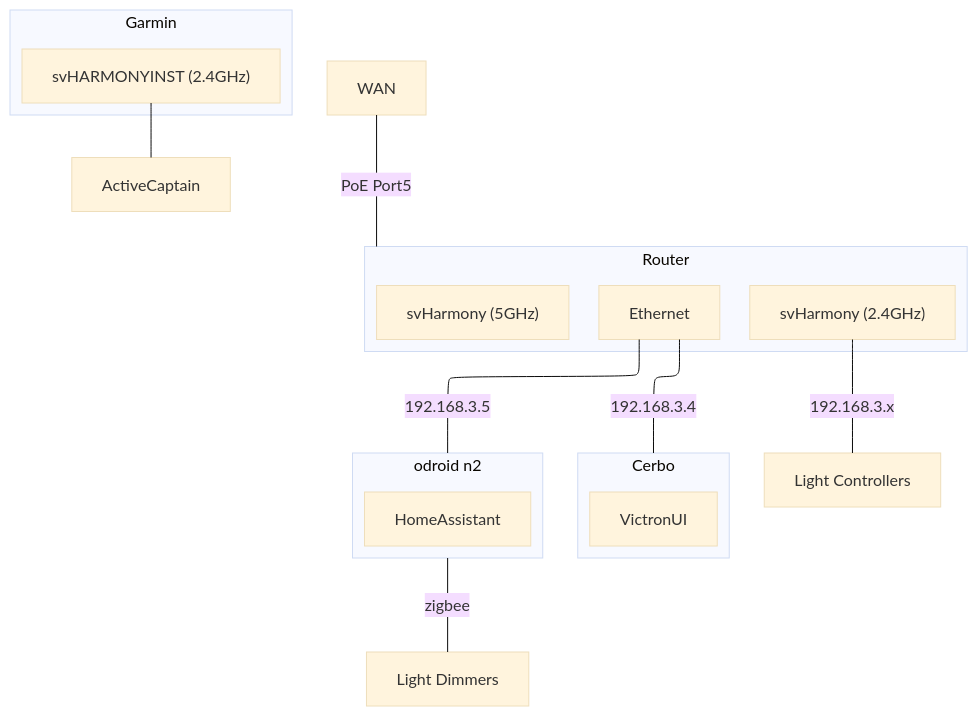
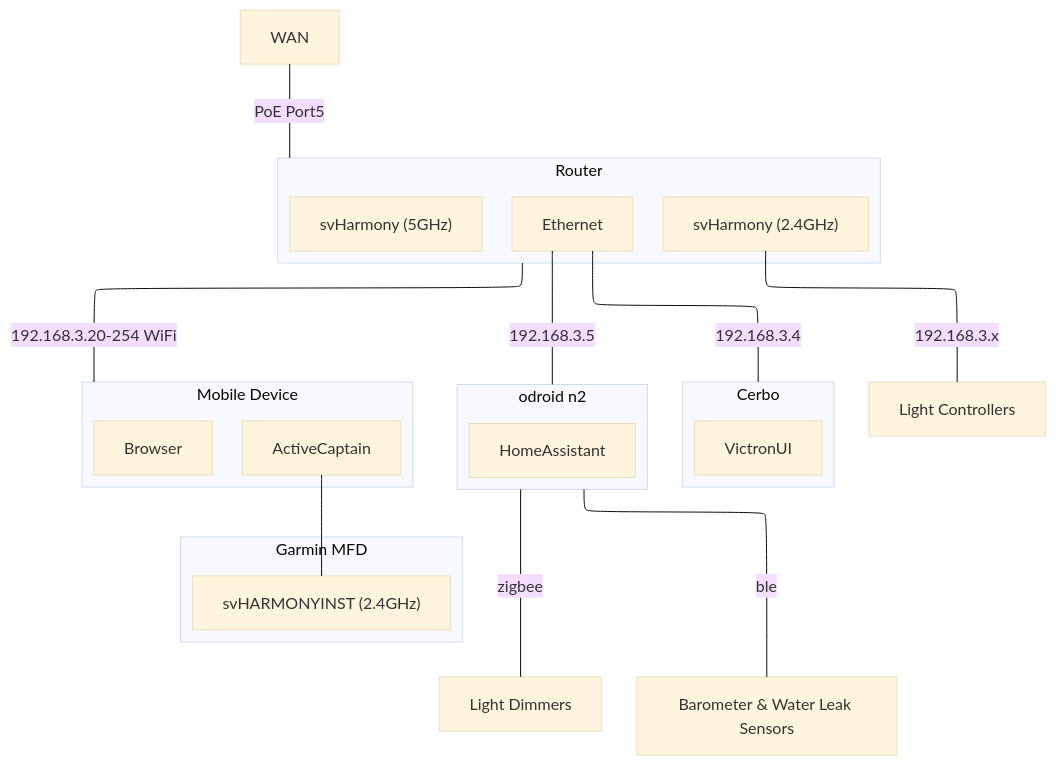
Before and after one commit to dcoon/svharmony: the first of 2 diagrams in owners_manual/Network.md, drawn with Mermaid (base theme).

Commit message:
vault backup: 2024-01-14 18:13:28

````diff
--- a/owners_manual/Network.md
+++ b/owners_manual/Network.md
@@ -2,32 +2,38 @@
 ```mermaid
 flowchart-elk
 
 subgraph Router
 	svHarmony24["svHarmony (2.4GHz)"]
 	svHarmony["svHarmony (5GHz)"]
 	Ethernet
 end
 WAN ---|PoE Port5| Router
 
 subgraph Cerbo
 	VictronUI
 end
 Ethernet ---|192.168.3.4| Cerbo
 
 
 subgraph ha["odroid n2"]
 	HomeAssistant
 end
 Ethernet ---|192.168.3.5| ha
 
 
-subgraph MFD["Garmin"]
+subgraph MFD["Garmin MFD"]
 	svHARMONYINSTRUMENTS["svHARMONYINST (2.4GHz)"]
 end
-svHARMONYINSTRUMENTS --- ActiveCaptain
+
+subgraph mobile["Mobile Device"]
+	ActiveCaptain --- svHARMONYINSTRUMENTS
+	Browser
+end
+Router ---|192.168.3.20-254 WiFi| mobile
 
 ha ---|zigbee| dimmers["Light Dimmers"]
+ha ---|ble| sensors["Barometer & Water Leak Sensors"]
 svHarmony24 ---|192.168.3.x| lights["Light Controllers"]
 
 
 ```
````
